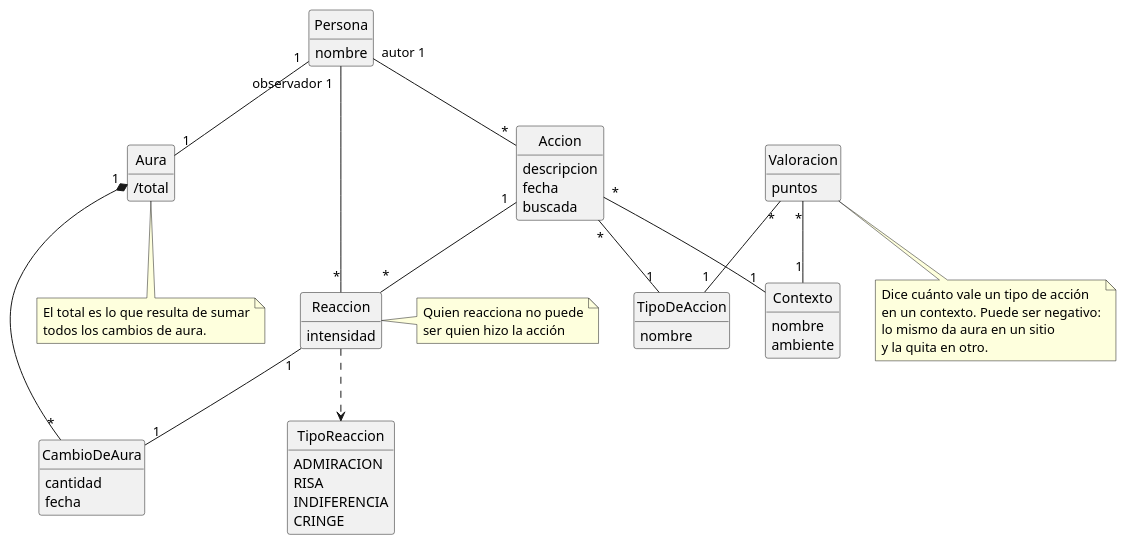
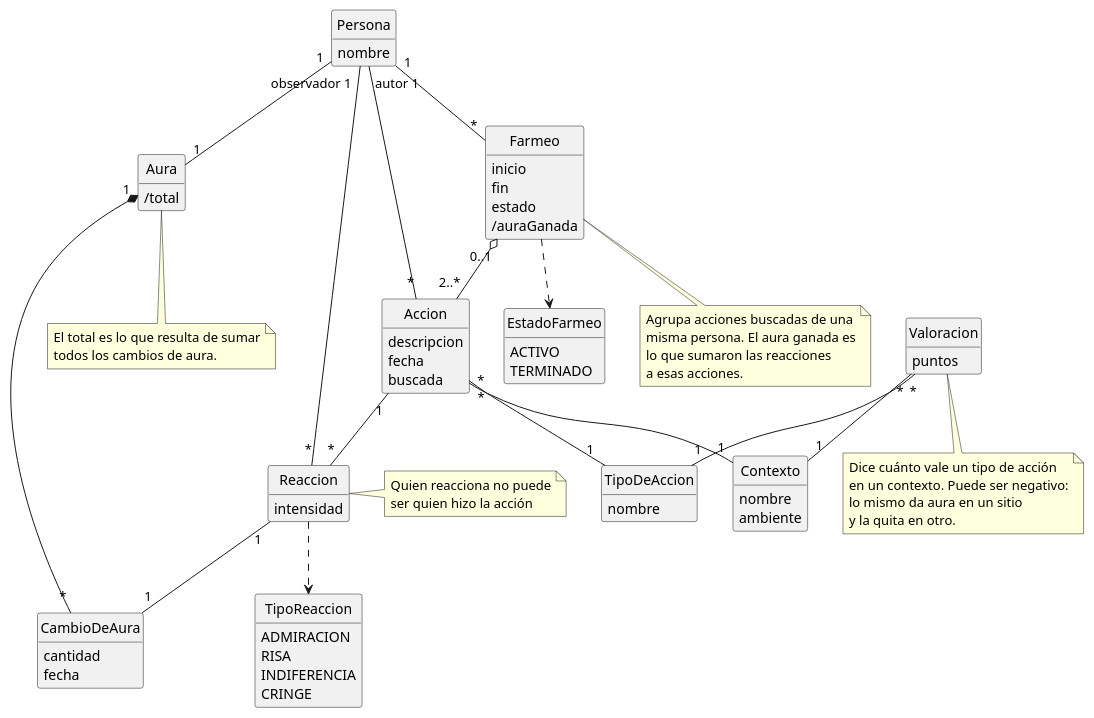
The diagram in entregas/LomoJaime/Ejercicios/FarmearAuraMejorado.puml (JaimeLomo/26-27-idsw1), drawn with PlantUML before and after one commit. The commit also changed 1 other file, not shown here.

Commit message:
Ultimas modificaciones para farmear aura mejorado

```diff
--- a/entregas/LomoJaime/Ejercicios/FarmearAuraMejorado.puml
+++ b/entregas/LomoJaime/Ejercicios/FarmearAuraMejorado.puml
@@ -1,69 +1,90 @@
 @startuml
 hide circle
 hide empty members
 
 class Persona {
   nombre
 }
 class Aura {
   /total
 }
 class Accion {
   descripcion
   fecha
   buscada
 }
 class Reaccion {
   intensidad
 }
 class CambioDeAura {
   cantidad
   fecha
 }
 class Contexto {
   nombre
   ambiente
 }
 class TipoDeAccion {
   nombre
 }
 class Valoracion {
   puntos
 }
+class Farmeo {
+  inicio
+  fin
+  estado
+  /auraGanada
+}
 enum TipoReaccion {
   ADMIRACION
   RISA
   INDIFERENCIA
   CRINGE
+}
+enum EstadoFarmeo {
+  ACTIVO
+  TERMINADO
 }
 
 Persona "1" -- "1" Aura
 Persona "autor 1" -- "*" Accion
 Persona "observador 1" -- "*" Reaccion
 Accion "1" -- "*" Reaccion
 Reaccion ..> TipoReaccion
 Reaccion "1" -- "1" CambioDeAura
 Aura "1" *-- "*" CambioDeAura
 
 Accion "*" -- "1" Contexto
 Accion "*" -- "1" TipoDeAccion
 Valoracion "*" -- "1" Contexto
 Valoracion "*" -- "1" TipoDeAccion
+
+Persona "1" -- "*" Farmeo
+Farmeo "0..1" o-- "2..*" Accion
+Farmeo ..> EstadoFarmeo
 
 note right of Reaccion
   Quien reacciona no puede
   ser quien hizo la acción
 end note
 
 note bottom of Aura
   El total es lo que resulta de sumar
   todos los cambios de aura.
 end note
 
 note bottom of Valoracion
   Dice cuánto vale un tipo de acción
   en un contexto. Puede ser negativo:
   lo mismo da aura en un sitio
   y la quita en otro.
 end note
+
+note bottom of Farmeo
+  Agrupa acciones buscadas de una
+  misma persona. El aura ganada es
+  lo que sumaron las reacciones
+  a esas acciones.
+end note
 @enduml
```
